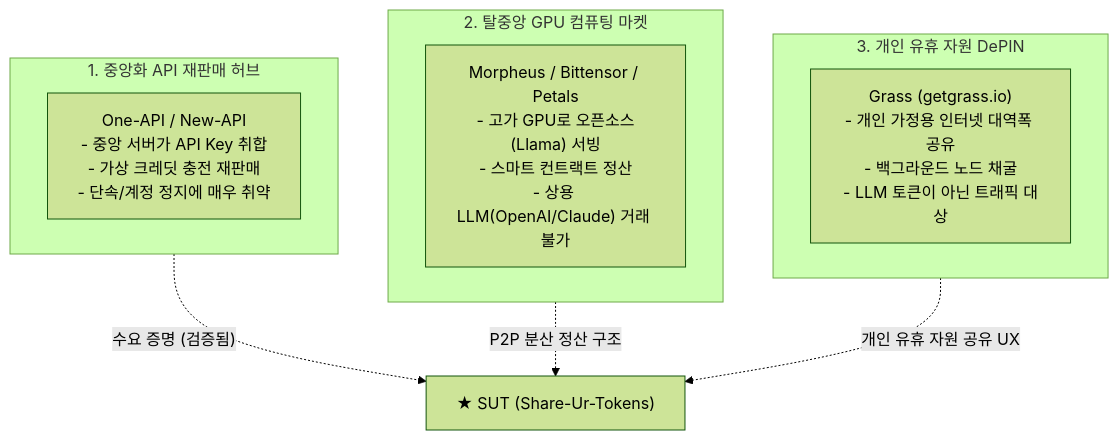
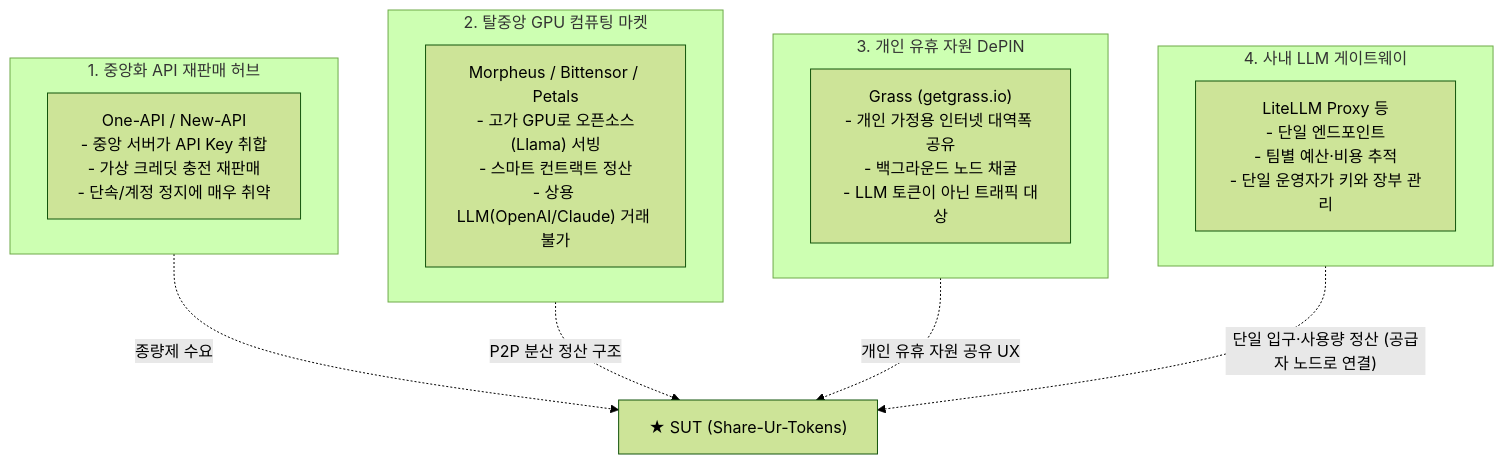
One commit to tanminkwan/share-ur-tokens changed the diagram in docs/market-analysis-and-competitors.md. Above: the diagram before and after it, drawn with Mermaid (forest theme). The commit also changed other lines of this file and 7 other files, not shown here.

First line of the commit message:
docs: Position SUT as a federation beside in-house LLM gateways

````diff
--- a/docs/market-analysis-and-competitors.md
+++ b/docs/market-analysis-and-competitors.md
@@ -11,18 +11,23 @@
 ```mermaid
 flowchart TD
     subgraph CampA["1. 중앙화 API 재판매 허브"]
         OneAPI["One-API / New-API\n- 중앙 서버가 API Key 취합\n- 가상 크레딧 충전 재판매\n- 단속/계정 정지에 매우 취약"]
     end
 
     subgraph CampB["2. 탈중앙 GPU 컴퓨팅 마켓"]
         Morpheus["Morpheus / Bittensor / Petals\n- 고가 GPU로 오픈소스(Llama) 서빙\n- 스마트 컨트랙트 정산\n- 상용 LLM(OpenAI/Claude) 거래 불가"]
     end
 
     subgraph CampC["3. 개인 유휴 자원 DePIN"]
         Grass["Grass (getgrass.io)\n- 개인 가정용 인터넷 대역폭 공유\n- 백그라운드 노드 채굴\n- LLM 토큰이 아닌 트래픽 대상"]
     end
 
-    CampA -.->|"수요 증명 (검증됨)"| SUT["★ SUT (Share-Ur-Tokens)"]
+    subgraph CampD["4. 사내 LLM 게이트웨이"]
+        Gateway["LiteLLM Proxy 등\n- 단일 엔드포인트\n- 팀별 예산·비용 추적\n- 단일 운영자가 키와 장부 관리"]
+    end
+
+    CampA -.->|"종량제 수요"| SUT["★ SUT (Share-Ur-Tokens)"]
     CampB -.->|"P2P 분산 정산 구조"| SUT
     CampC -.->|"개인 유휴 자원 공유 UX"| SUT
+    CampD -.->|"단일 입구·사용량 정산 (공급자 노드로 연결)"| SUT
 ```
````
